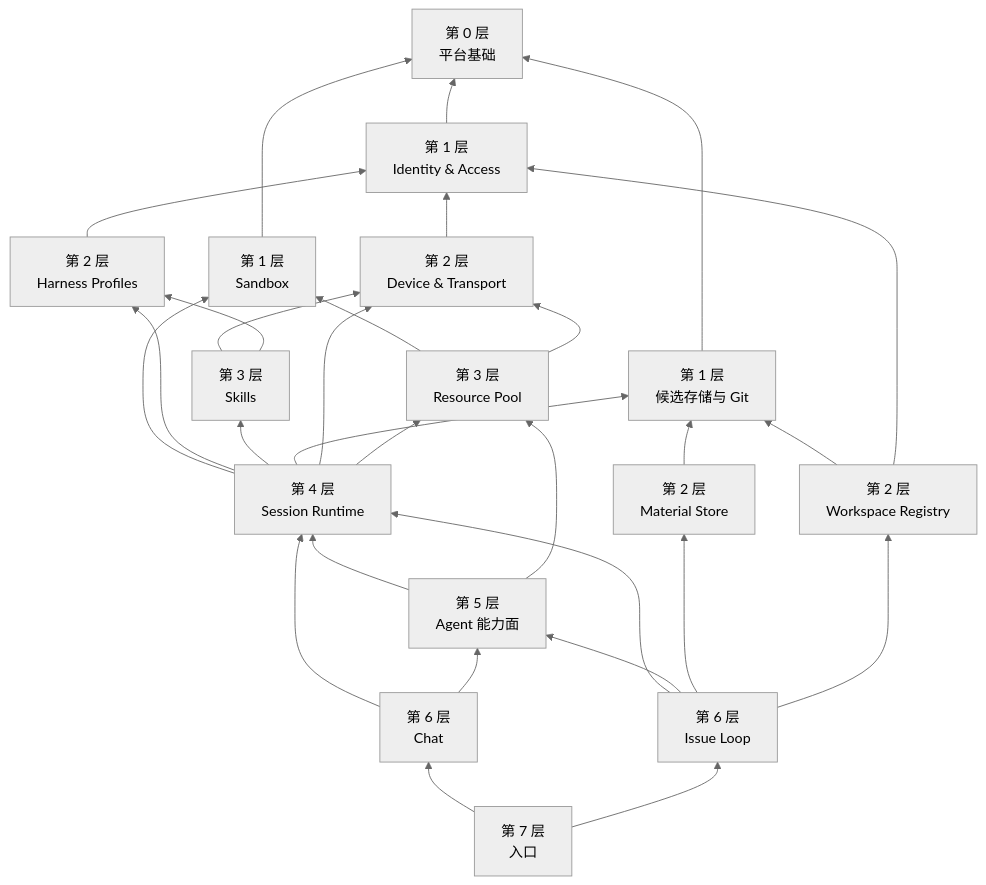
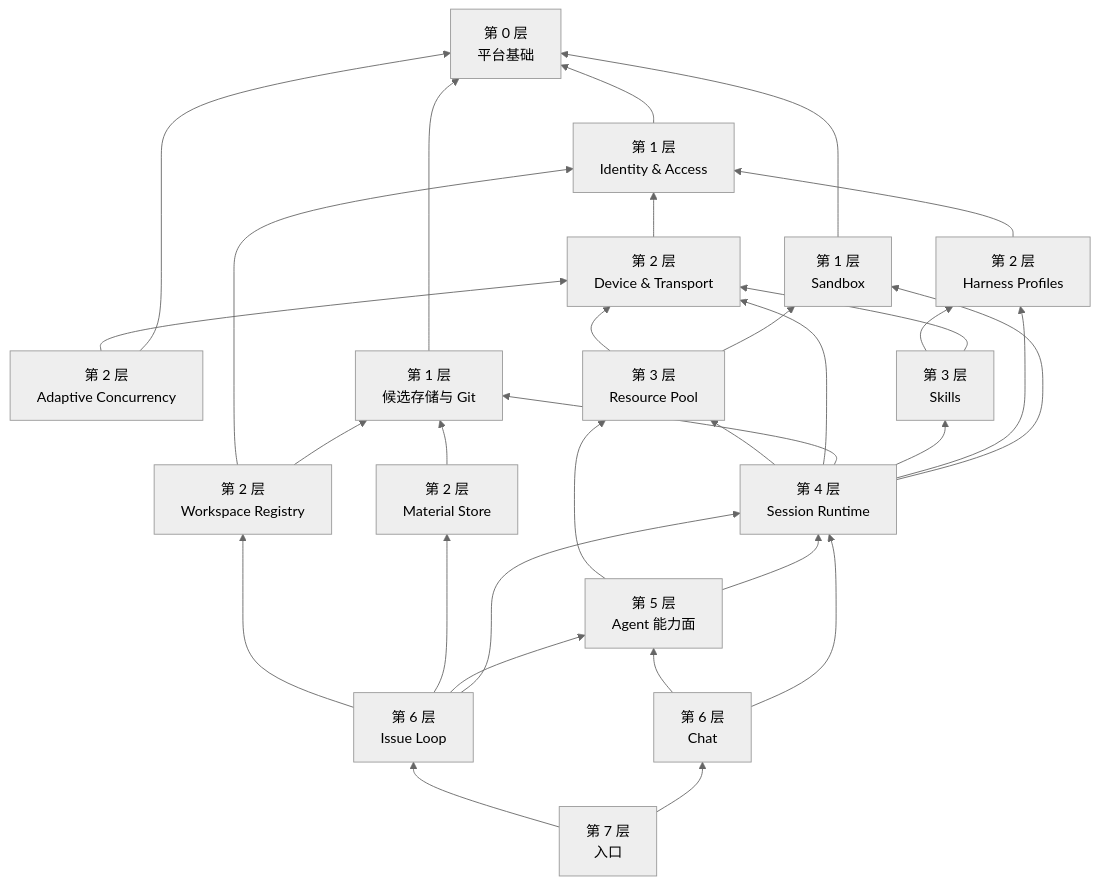
The second of 2 diagrams in docs/architecture-modules.md (BD777/foundry), drawn with Mermaid (neutral theme) before and after one commit. The commit also changed other lines of this file and 456 other files, not shown here.

````diff
--- a/docs/architecture-modules.md
+++ b/docs/architecture-modules.md
@@ -101,46 +103,49 @@
 ```mermaid
 flowchart BT
     P["第 0 层<br/>平台基础"]
+    AC["第 2 层<br/>Adaptive Concurrency"]
     ID["第 1 层<br/>Identity & Access"]
     SB["第 1 层<br/>Sandbox"]
     CS["第 1 层<br/>候选存储与 Git"]
     TR["第 2 层<br/>Device & Transport"]
     WR["第 2 层<br/>Workspace Registry"]
     MS["第 2 层<br/>Material Store"]
     HP["第 2 层<br/>Harness Profiles"]
     SK["第 3 层<br/>Skills"]
     RP["第 3 层<br/>Resource Pool"]
     SR["第 4 层<br/>Session Runtime"]
     AS["第 5 层<br/>Agent 能力面"]
     CH["第 6 层<br/>Chat"]
     IL["第 6 层<br/>Issue Loop"]
     EN["第 7 层<br/>入口"]
     ID --> P
+    AC --> P
+    AC --> TR
     SB --> P
     CS --> P
     TR --> ID
     WR --> CS
     WR --> ID
     MS --> CS
     HP --> ID
     SK --> TR
     SK --> HP
     RP --> SB
     RP --> TR
     SR --> SB
     SR --> HP
     SR --> SK
     SR --> CS
     SR --> TR
     SR --> RP
     AS --> SR
     AS --> RP
     CH --> SR
     CH --> AS
     IL --> SR
     IL --> AS
     IL --> MS
     IL --> WR
     EN --> CH
     EN --> IL
 ```
````
